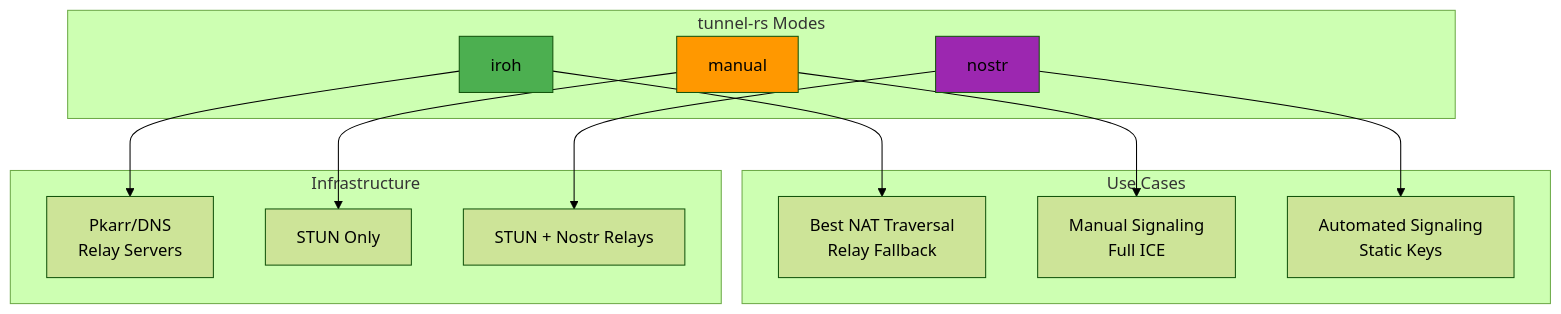
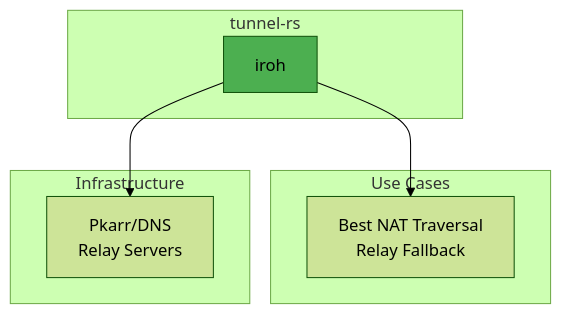
One commit to andrewtheguy/tunnel-rs changed the first of 22 diagrams in docs/ARCHITECTURE.md. Above: the diagram before and after it, drawn with Mermaid (forest theme). The commit also changed other lines of this file and 54 other files, not shown here.

````diff
--- a/docs/ARCHITECTURE.md
+++ b/docs/ARCHITECTURE.md
@@ -32,32 +29,19 @@
 ```mermaid
 graph TB
-    subgraph "tunnel-rs Modes"
+    subgraph "tunnel-rs"
         A[iroh]
-        C[manual]
-        D2[nostr]
     end
 
     subgraph "Use Cases"
         D[Best NAT Traversal<br/>Relay Fallback]
-        F[Manual Signaling<br/>Full ICE]
-        F2[Automated Signaling<br/>Static Keys]
     end
 
     subgraph "Infrastructure"
         G[Pkarr/DNS<br/>Relay Servers]
-        I[STUN Only]
-        I2[STUN + Nostr Relays]
     end
 
     A --> D
-    C --> F
-    D2 --> F2
-
     A --> G
-    C --> I
-    D2 --> I2
 
     style A fill:#4CAF50
-    style C fill:#FF9800
-    style D2 fill:#9C27B0
 ```
````
